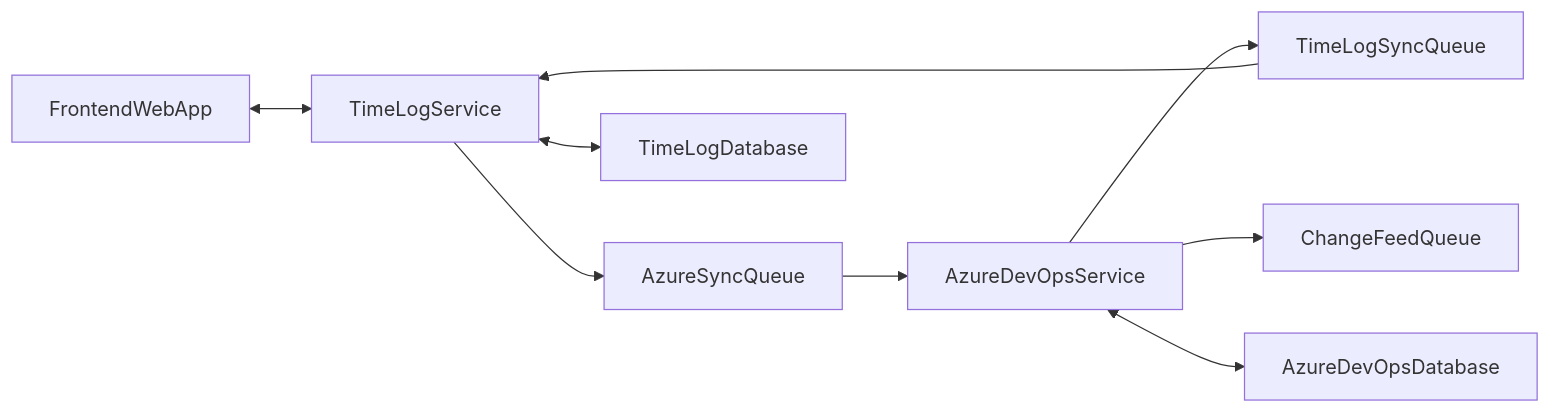
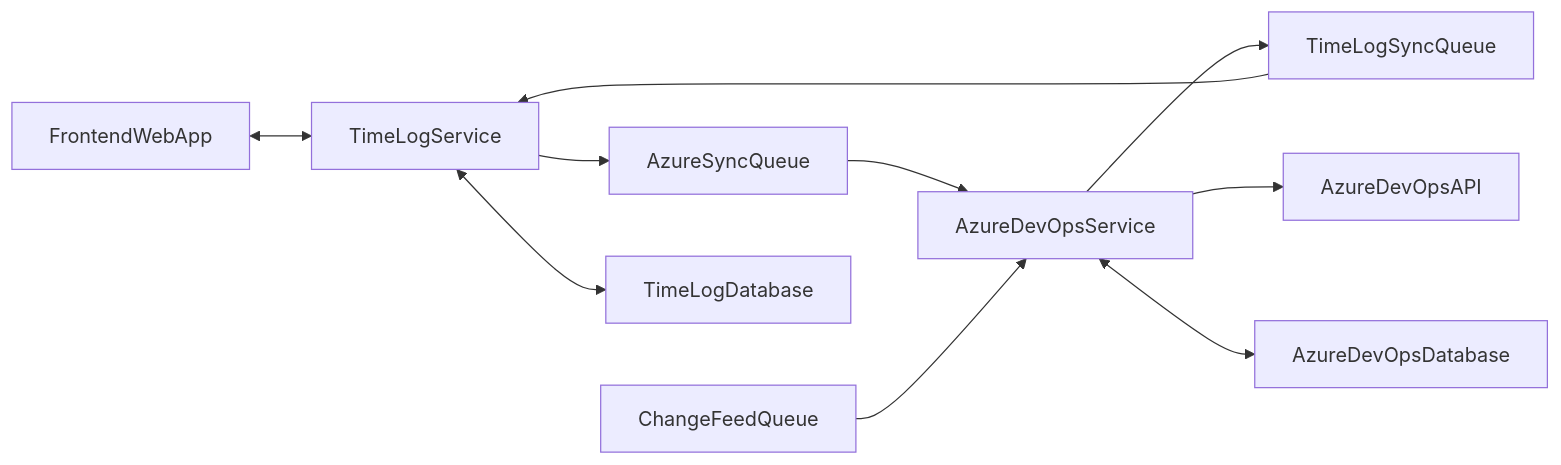
One commit to TunNetCom/TunNetCom-AionTime changed the diagram in README.md. Above: the diagram before and after it, drawn with Mermaid.

````diff
--- a/README.md
+++ b/README.md
@@ -13,11 +13,12 @@
 ```mermaid
 flowchart LR;
     FrontendWebApp <--> TimeLogService;
     TimeLogService --> AzureSyncQueue;
     AzureSyncQueue --> AzureDevOpsService;
     AzureDevOpsService --> TimeLogSyncQueue;
     TimeLogSyncQueue --> TimeLogService;
-    AzureDevOpsService --> ChangeFeedQueue;
+    ChangeFeedQueue --> AzureDevOpsService;
+    AzureDevOpsService --> AzureDevOpsAPI;
     AzureDevOpsService <--> AzureDevOpsDatabase;
     TimeLogService <--> TimeLogDatabase;
 ```
````
